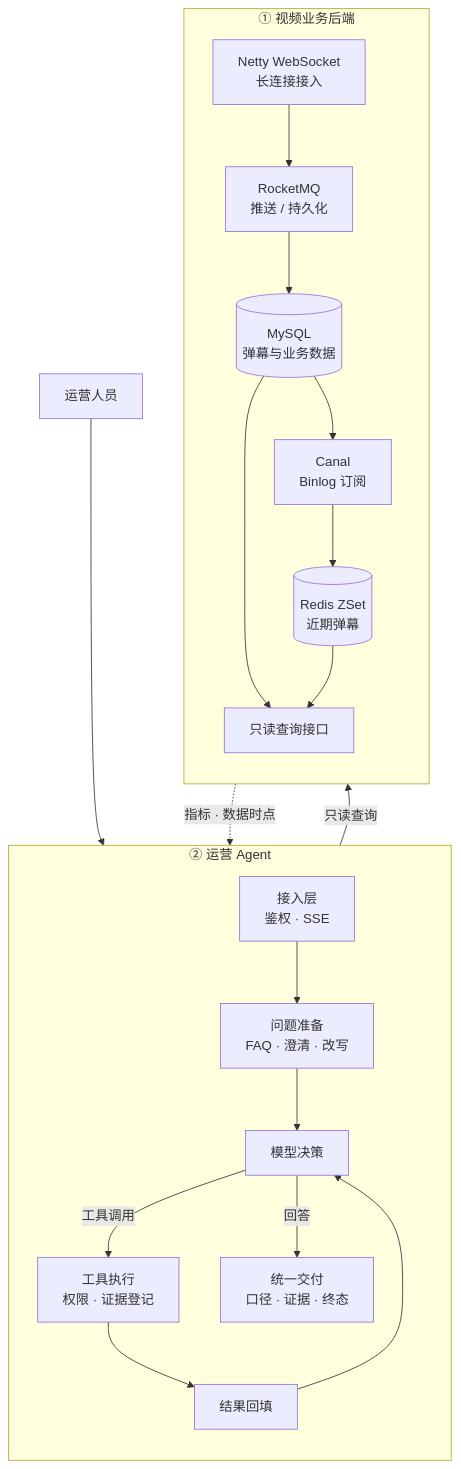
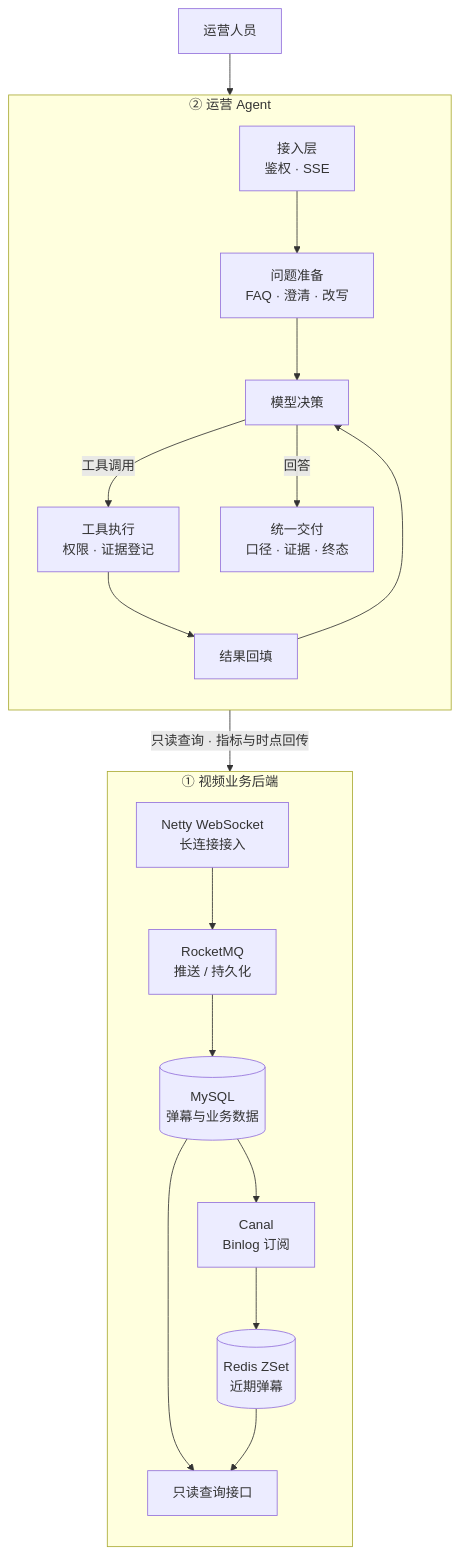
One commit to blackirlsama/DokiTV changed the first of 2 diagrams in README.md. Above: the diagram before and after it, drawn with Mermaid.

Commit message:
docs: 移除全景图反向连线，强制纵向布局

````diff
--- a/README.md
+++ b/README.md
@@ -45,26 +45,25 @@
 ```mermaid
 flowchart TB
     subgraph AGENT["② 运营 Agent"]
         direction TB
         API["接入层<br/>鉴权 · SSE"] --> Prep["问题准备<br/>FAQ · 澄清 · 改写"]
         Prep --> Decision["模型决策"]
         Decision -->|工具调用| Tool["工具执行<br/>权限 · 证据登记"]
         Tool --> Observe["结果回填"]
         Observe --> Decision
         Decision -->|回答| Deliver["统一交付<br/>口径 · 证据 · 终态"]
     end
 
     subgraph BIZ["① 视频业务后端"]
         direction TB
         WS["Netty WebSocket<br/>长连接接入"] --> MQ["RocketMQ<br/>推送 / 持久化"]
         MQ --> DB[("MySQL<br/>弹幕与业务数据")]
         DB --> Canal["Canal<br/>Binlog 订阅"]
         Canal --> RDS[("Redis ZSet<br/>近期弹幕")]
         DB --> Bridge["只读查询接口"]
         RDS --> Bridge
     end
 
     Ops["运营人员"] --> API
-    Tool -- "只读查询" --> Bridge
-    Bridge -. "指标 · 数据时点" .-> Observe
+    Tool -- "只读查询 · 指标与时点回传" --> Bridge
 ```
````
